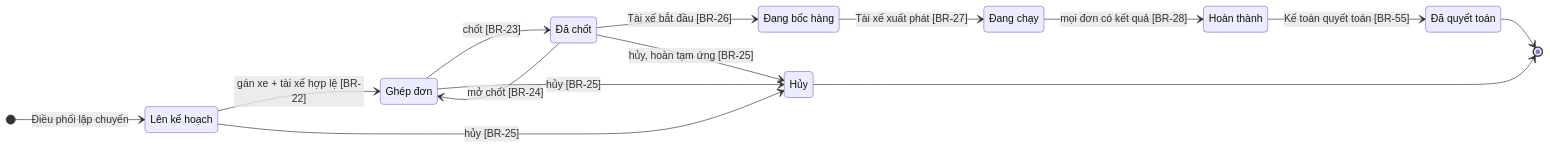
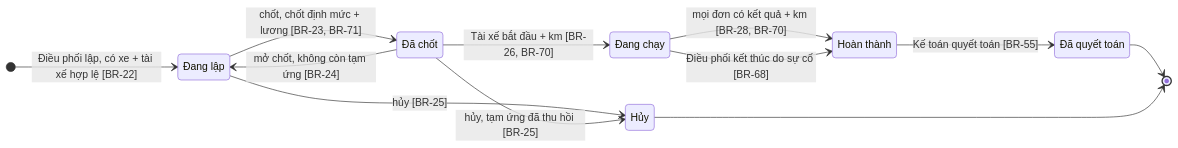
One commit to takidang/QLVC changed the third of 10 diagrams in docs/so-do.md. Above: the diagram before and after it, drawn with Mermaid. The commit also changed other lines of this file and 5 other files, not shown here.

First line of the commit message:
Nghiệp vụ 0.5 (Kiệt đề xuất): chuyến 6 trạng thái, đơn 7, mô hình thời gian

````diff
--- a/docs/so-do.md
+++ b/docs/so-do.md
@@ -163,25 +161,21 @@
 ```mermaid
 stateDiagram-v2
   direction LR
-  state "Lên kế hoạch" as LEN_KE_HOACH
-  state "Ghép đơn" as GHEP_DON
+  state "Đang lập" as LAP
   state "Đã chốt" as DA_CHOT
-  state "Đang bốc hàng" as DANG_BOC
   state "Đang chạy" as DANG_CHAY
   state "Hoàn thành" as HOAN_THANH
   state "Đã quyết toán" as DA_QUYET_TOAN
   state "Hủy" as HUY
-  [*] --> LEN_KE_HOACH : Điều phối lập chuyến
-  LEN_KE_HOACH --> GHEP_DON : gán xe + tài xế hợp lệ [BR-22]
-  GHEP_DON --> DA_CHOT : chốt [BR-23]
-  DA_CHOT --> GHEP_DON : mở chốt [BR-24]
-  DA_CHOT --> DANG_BOC : Tài xế bắt đầu [BR-26]
-  DANG_BOC --> DANG_CHAY : Tài xế xuất phát [BR-27]
-  DANG_CHAY --> HOAN_THANH : mọi đơn có kết quả [BR-28]
+  [*] --> LAP : Điều phối lập, có xe + tài xế hợp lệ [BR-22]
+  LAP --> DA_CHOT : chốt, chốt định mức + lương [BR-23, BR-71]
+  DA_CHOT --> LAP : mở chốt, không còn tạm ứng [BR-24]
+  DA_CHOT --> DANG_CHAY : Tài xế bắt đầu + km [BR-26, BR-70]
+  DANG_CHAY --> HOAN_THANH : mọi đơn có kết quả + km [BR-28, BR-70]
+  DANG_CHAY --> HOAN_THANH : Điều phối kết thúc do sự cố [BR-68]
   HOAN_THANH --> DA_QUYET_TOAN : Kế toán quyết toán [BR-55]
-  LEN_KE_HOACH --> HUY : hủy [BR-25]
-  GHEP_DON --> HUY : hủy [BR-25]
-  DA_CHOT --> HUY : hủy, hoàn tạm ứng [BR-25]
+  LAP --> HUY : hủy [BR-25]
+  DA_CHOT --> HUY : hủy, tạm ứng đã thu hồi [BR-25]
   DA_QUYET_TOAN --> [*]
   HUY --> [*]
 ```
````
